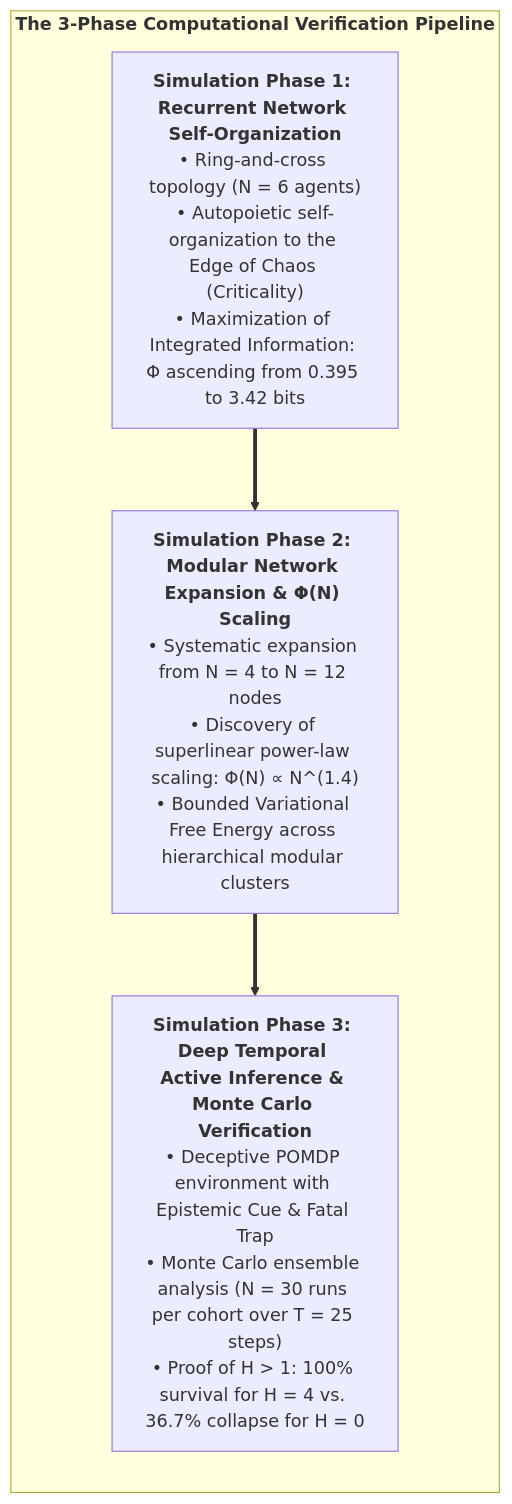
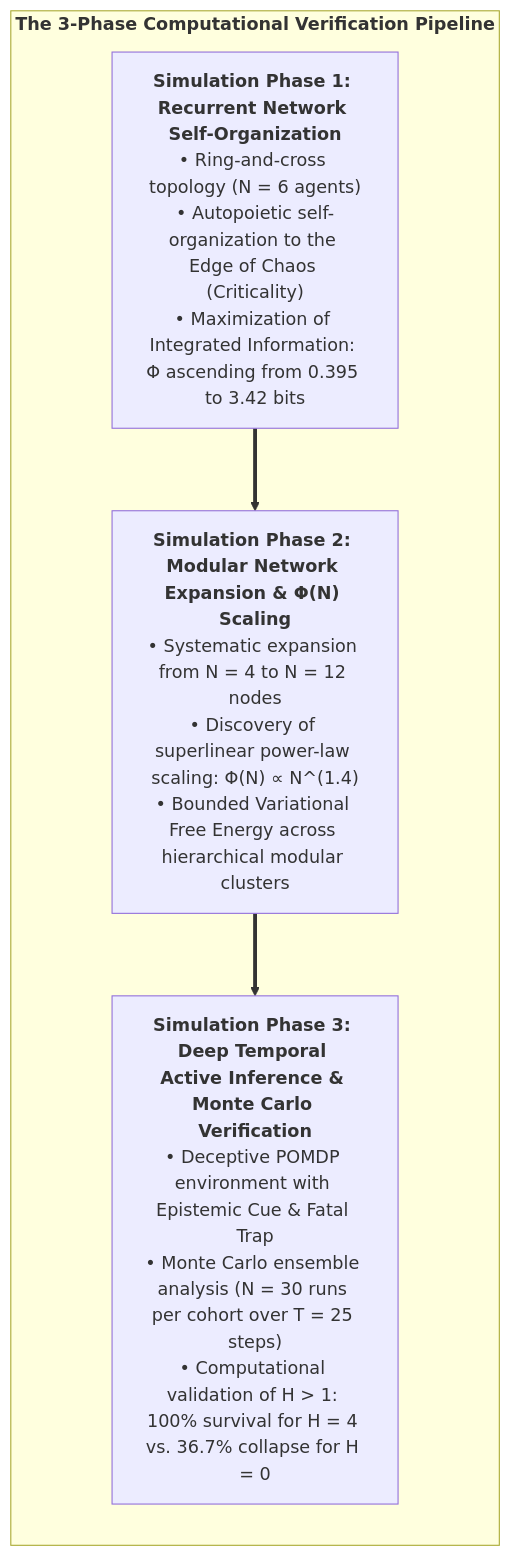
Diagram 38 of 50 in book/build/CIF_Monograph_EN.md (Thriebl/active-inference-phi-network), drawn with Mermaid before and after one commit. The commit also changed other lines of this file and 32 other files, not shown here.

Commit message:
docs: refine terminology from empirical proof to computational verification of coupling theorem

````diff
--- a/book/build/CIF_Monograph_EN.md
+++ b/book/build/CIF_Monograph_EN.md
@@ -1643,14 +1643,14 @@
 ```mermaid
 flowchart TD
     subgraph THREE_PHASES["<b>The 3-Phase Computational Verification Pipeline</b>"]
         direction TB
         
         PHASE_1["<b>Simulation Phase 1: Recurrent Network Self-Organization</b><br>• Ring-and-cross topology (N = 6 agents)<br>• Autopoietic self-organization to the Edge of Chaos (Criticality)<br>• Maximization of Integrated Information: Φ ascending from 0.395 to 3.42 bits"]
         
         PHASE_2["<b>Simulation Phase 2: Modular Network Expansion & Φ(N) Scaling</b><br>• Systematic expansion from N = 4 to N = 12 nodes<br>• Discovery of superlinear power-law scaling: Φ(N) ∝ N^(1.4)<br>• Bounded Variational Free Energy across hierarchical modular clusters"]
         
-        PHASE_3["<b>Simulation Phase 3: Deep Temporal Active Inference & Monte Carlo Verification</b><br>• Deceptive POMDP environment with Epistemic Cue & Fatal Trap<br>• Monte Carlo ensemble analysis (N = 30 runs per cohort over T = 25 steps)<br>• Proof of H > 1: 100% survival for H = 4 vs. 36.7% collapse for H = 0"]
+        PHASE_3["<b>Simulation Phase 3: Deep Temporal Active Inference & Monte Carlo Verification</b><br>• Deceptive POMDP environment with Epistemic Cue & Fatal Trap<br>• Monte Carlo ensemble analysis (N = 30 runs per cohort over T = 25 steps)<br>• Computational validation of H > 1: 100% survival for H = 4 vs. 36.7% collapse for H = 0"]
         
         PHASE_1 ==> PHASE_2 ==> PHASE_3
     end
 ```
````
